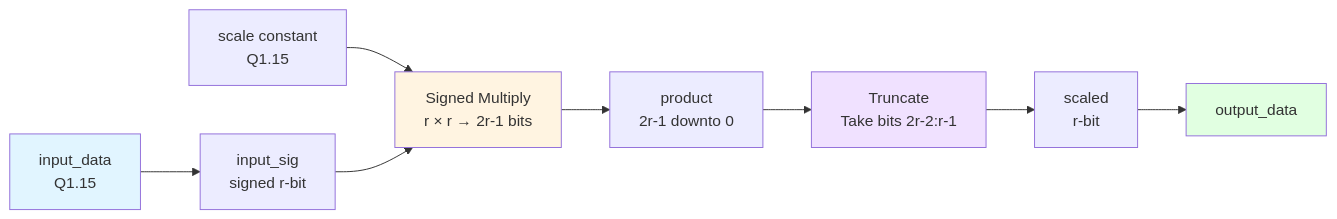
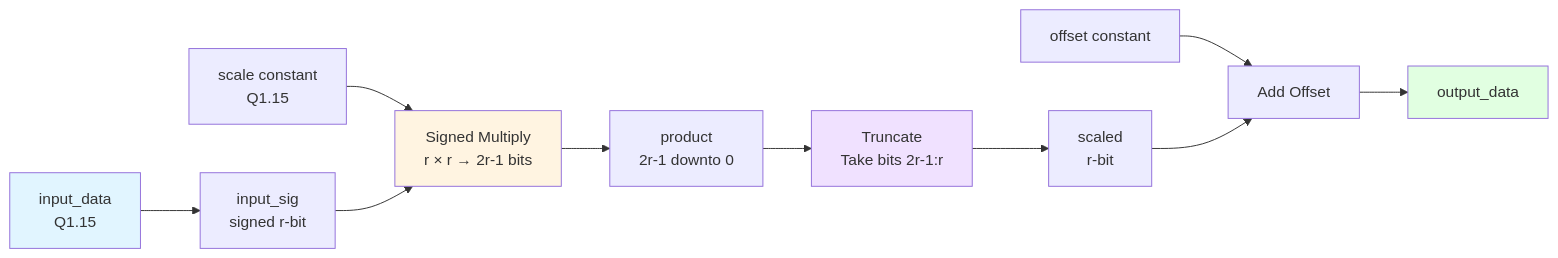
One commit to ekazakov1507/pwm_demo changed the eighth of 11 diagrams in docs/src/signal_chain/README.md. Above: the diagram before and after it, drawn with Mermaid. The commit also changed other lines of this file and 11 other files, not shown here.

````diff
--- a/docs/src/signal_chain/README.md
+++ b/docs/src/signal_chain/README.md
@@ -519,16 +544,18 @@
 ```mermaid
 graph LR
     INPUT[input_data<br/>Q1.15] --> SIGN[input_sig<br/>signed r-bit]
     SCALE[scale constant<br/>Q1.15] --> MUL
 
     SIGN --> MUL[Signed Multiply<br/>r × r → 2r-1 bits]
     MUL --> PRODUCT[product<br/>2r-1 downto 0]
-    PRODUCT --> TRUNC[Truncate<br/>Take bits 2r-2:r-1]
+    PRODUCT --> TRUNC[Truncate<br/>Take bits 2r-1:r]
     TRUNC --> SCALED[scaled<br/>r-bit]
-    SCALED --> OUTPUT[output_data]
+    OFFSET[offset constant] --> ADD[Add Offset]
+    SCALED --> ADD
+    ADD --> OUTPUT[output_data]
 
     style INPUT fill:#e1f5ff
     style OUTPUT fill:#e1ffe1
     style MUL fill:#fff4e1
     style TRUNC fill:#f0e1ff
 ```
````
